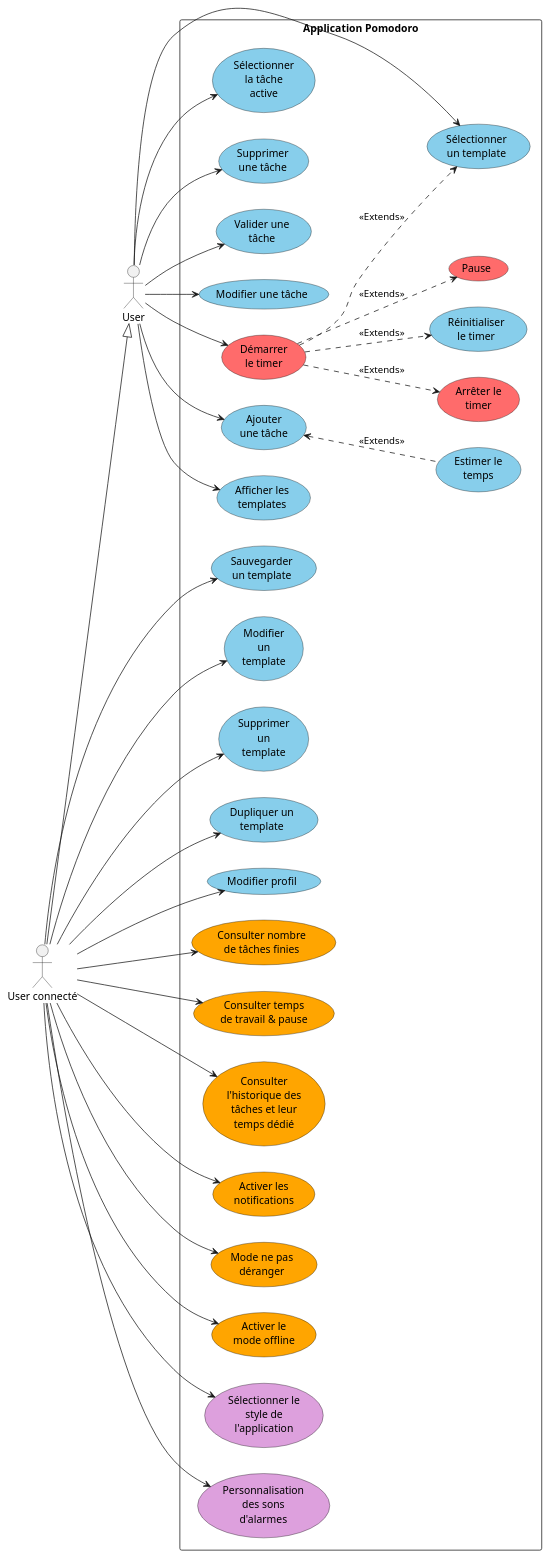
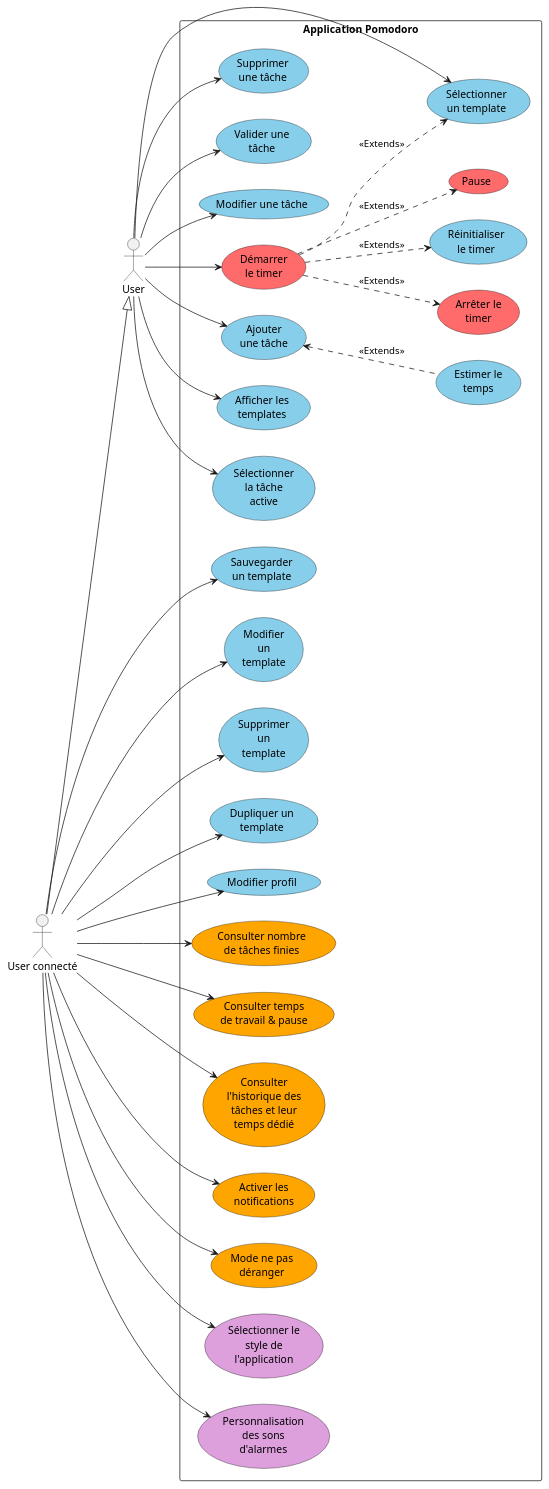
Before and after one commit to MDGav82/FocusTimer: the diagram in pomodoro.wsd, drawn with PlantUML.

Commit message:
Remove "Activer le mode offline" use case from Pomodoro application diagram

```diff
--- a/pomodoro.wsd
+++ b/pomodoro.wsd
@@ -1,69 +1,67 @@
 @startuml pomodoro
 left to right direction
 actor User as u
 actor "User connecté" as uc
 
 uc --|> u
 
 rectangle "Application Pomodoro" {
   usecase "Démarrer\nle timer" as UC1 #FF6B6B
   usecase "Pause" as UC2 #FF6B6B
   usecase "Arrêter le\ntimer" as UC3 #FF6B6B
   usecase "Réinitialiser\nle timer" as UC4 #87CEEB
   usecase "Sélectionner\nun template" as UC5 #87CEEB
   usecase "Ajouter\nune tâche" as UC6 #87CEEB
   usecase "Estimer le\ntemps" as UC7 #87CEEB
   usecase "Afficher les\ntemplates" as UC8 #87CEEB
   usecase "Sélectionner\nla tâche\nactive" as UC9 #87CEEB
   usecase "Supprimer\nune tâche" as UC10 #87CEEB
   usecase "Valider une\ntâche" as UC11 #87CEEB
   usecase "Modifier une tâche" as UC12 #87CEEB
   usecase "Sauvegarder\nun template" as UC13 #87CEEB
   usecase "Modifier\nun\ntemplate" as UC14 #87CEEB
   usecase "Supprimer\nun\ntemplate" as UC15 #87CEEB
   usecase "Dupliquer un\ntemplate" as UC16 #87CEEB
   usecase "Modifier profil" as UC17 #87CEEB
   usecase "Consulter nombre\nde tâches finies" as UC18 #FFA500
   usecase "Consulter temps\nde travail & pause" as UC19 #FFA500
   usecase "Consulter\nl'historique des\ntâches et leur\ntemps dédié" as UC20 #FFA500
   usecase "Activer les\nnotifications" as UC21 #FFA500
   usecase "Mode ne pas\ndéranger" as UC22 #FFA500
-  usecase "Activer le\nmode offline" as UC23 #FFA500
   usecase "Sélectionner le\nstyle de\nl'application" as UC24 #DDA0DD
   usecase "Personnalisation\ndes sons\nd'alarmes" as UC25 #DDA0DD
   
 }
 
 ' User connections
 u --> UC1
 u --> UC5
 u --> UC6
 u --> UC8
 u --> UC9
 u --> UC10
 u --> UC11
 u --> UC12
 
 ' User connecté connections
 uc --> UC13
 uc --> UC14
 uc --> UC15
 uc --> UC16
 uc --> UC18
 uc --> UC19
 uc --> UC20
 uc --> UC17
 uc --> UC21
 uc --> UC25
 uc --> UC22
-uc --> UC23
 uc --> UC24
 
 ' Relations extends
 UC1 ..> UC2 : <<Extends>>
 UC1 ..> UC3 : <<Extends>>
 UC1 ..> UC4 : <<Extends>>
 UC1 ..> UC5 : <<Extends>>
 UC6 <.. UC7 : <<Extends>>
 
 @enduml
```
